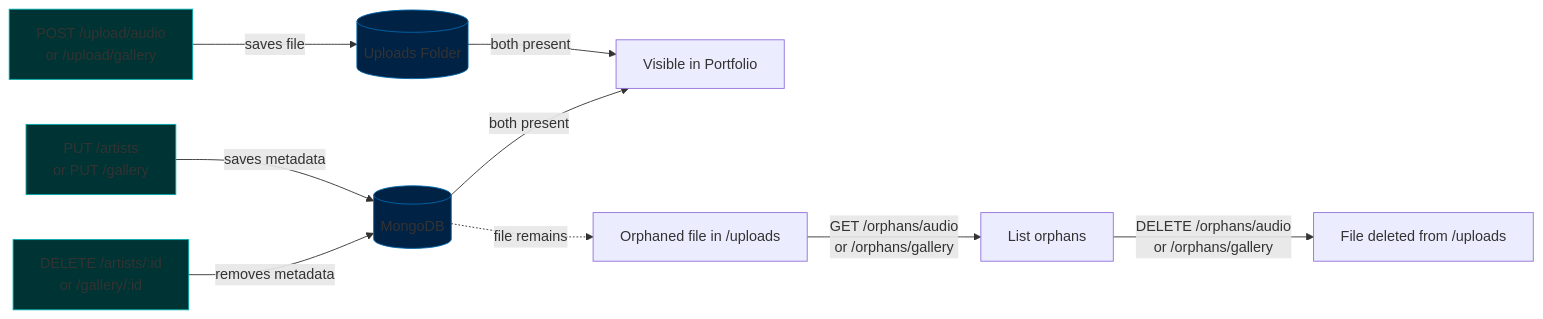
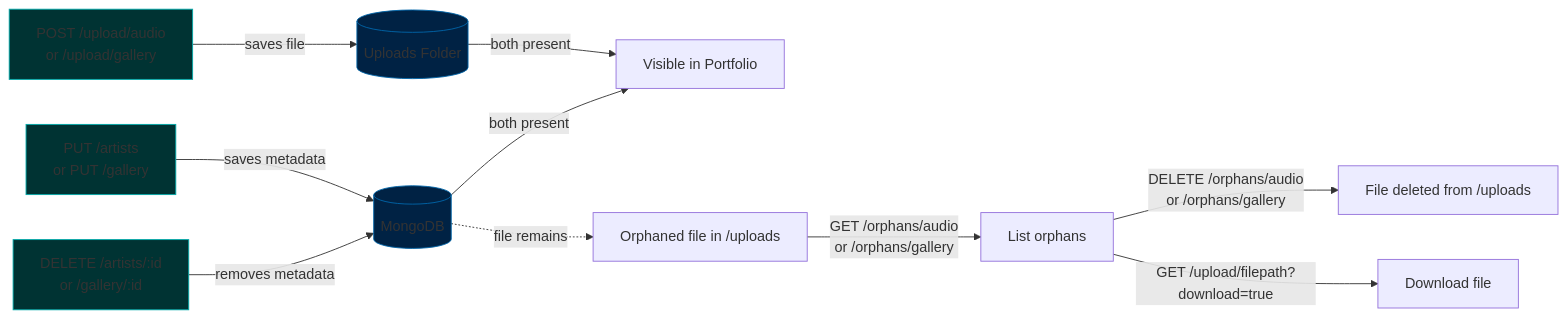
Before and after one commit to hakamir/Portfolio-Block-3: the fifth of 8 diagrams in README.md, drawn with Mermaid. The commit also changed other lines of this file, not shown here.

Commit message:
docs(upload): Add download functionality to /upload/filepath endpoint

````diff
--- a/README.md
+++ b/README.md
@@ -249,17 +249,18 @@
 ```mermaid
 flowchart LR
     classDef cyan fill: #033, stroke: #0aa 
     classDef blue fill: #024, stroke: #06a
     Upload["POST /upload/audio\nor /upload/gallery"]:::cyan
     Meta["PUT /artists\nor PUT /gallery"]:::cyan
     DeleteDoc["DELETE /artists/:id\nor /gallery/:id"]:::cyan
     FS[(Uploads Folder)]:::blue
     DB[(MongoDB)]:::blue
     Upload -->|saves file| FS
     Meta -->|saves metadata| DB
     FS & DB -->|both present| Published[Visible in Portfolio]
     DeleteDoc -->|removes metadata| DB
     DB -.->|file remains| Orphan[Orphaned file in /uploads]
     Orphan -->|GET /orphans/audio\nor /orphans/gallery| List[List orphans]
     List -->|DELETE /orphans/audio\nor /orphans/gallery| Cleaned[File deleted from /uploads]
+    List -->|GET /upload/filepath?download=true| Download[Download file]
 ```
````
